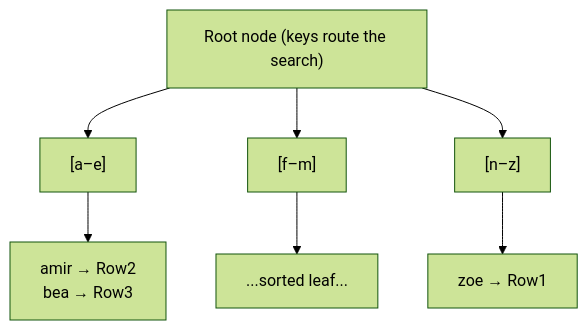
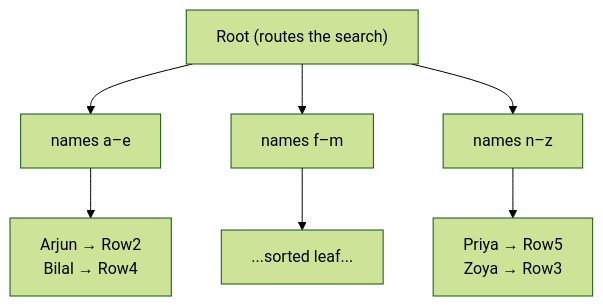
Before and after one commit to Rajmote/BackendArchitect: the first of 3 diagrams in src/BackendArchitect/Databases/SQL/Indexing/Indexing.md, drawn with Mermaid (forest theme). The commit also changed other lines of this file, not shown here.

````diff
--- a/src/BackendArchitect/Databases/SQL/Indexing/Indexing.md
+++ b/src/BackendArchitect/Databases/SQL/Indexing/Indexing.md
@@ -22,16 +150,16 @@
 ```mermaid
 flowchart TD
-    Root["Root node (keys route the search)"]
-    A["[a–e]"]
-    B["[f–m]"]
-    C["[n–z]"]
-    L1["amir → Row2<br/>bea → Row3"]
+    Root["Root (routes the search)"]
+    A["names a–e"]
+    B["names f–m"]
+    C["names n–z"]
+    L1["Arjun → Row2<br/>Bilal → Row4"]
     L2["...sorted leaf..."]
-    L3["zoe → Row1"]
+    L3["Priya → Row5<br/>Zoya → Row3"]
     Root --> A
     Root --> B
     Root --> C
     A --> L1
     B --> L2
     C --> L3
 ```
````
